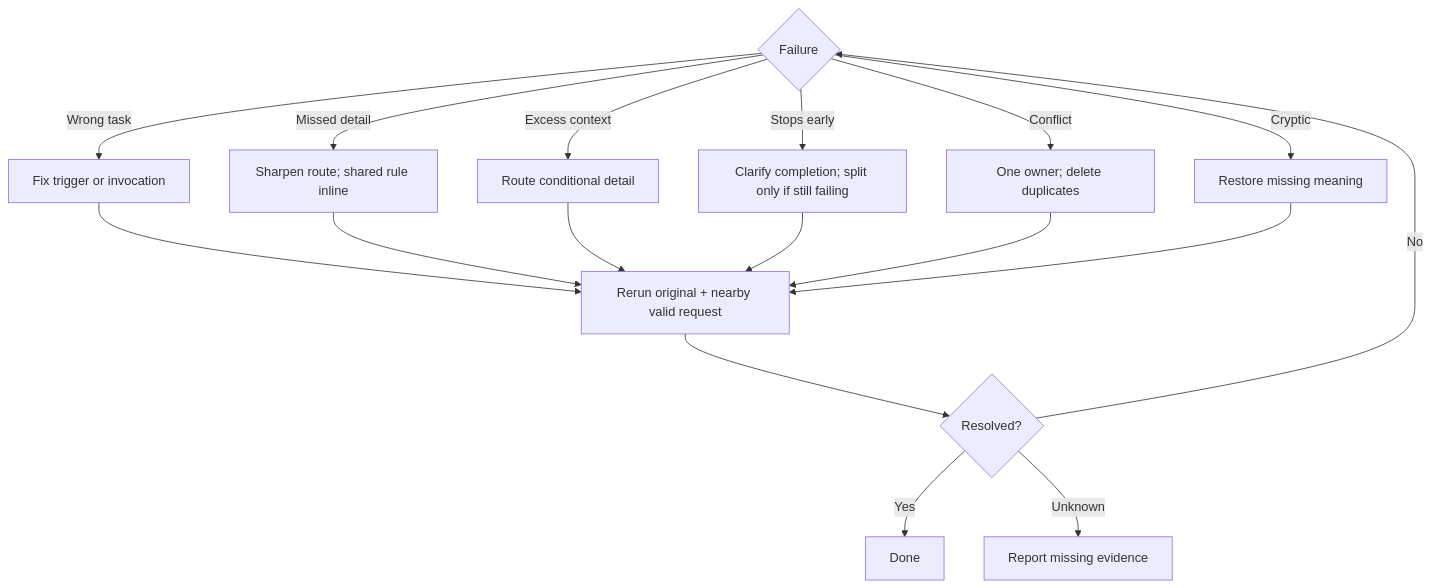
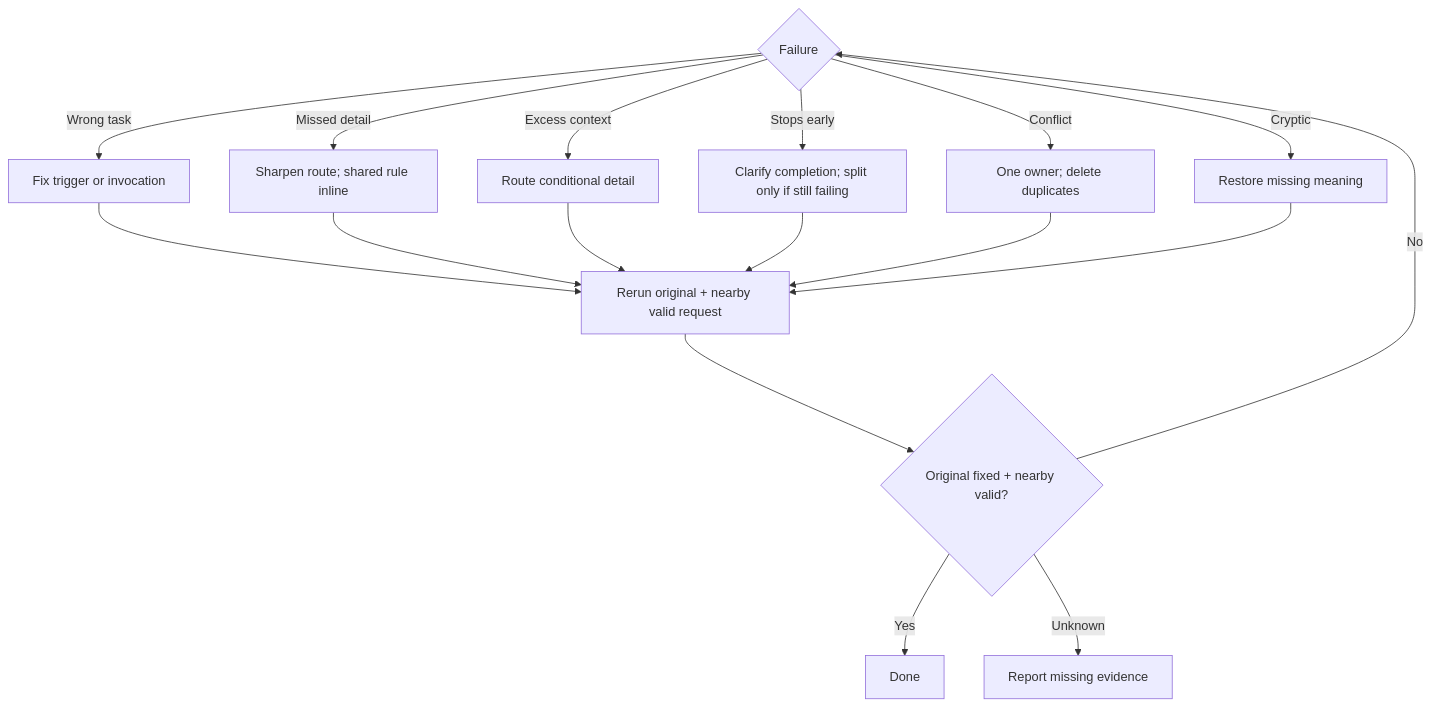
One commit to sgaabdu4/hard-eng changed the diagram in .agents/skills/writing-great-skills/references/repair.md. Above: the diagram before and after it, drawn with Mermaid. The commit also changed other lines of this file, not shown here.

````diff
--- a/.agents/skills/writing-great-skills/references/repair.md
+++ b/.agents/skills/writing-great-skills/references/repair.md
@@ -5,15 +5,15 @@
 ```mermaid
 flowchart TD
   F{Failure}
   F -->|Wrong task| T[Fix trigger or invocation]
   F -->|Missed detail| M[Sharpen route; shared rule inline]
   F -->|Excess context| E[Route conditional detail]
   F -->|Stops early| S[Clarify completion; split only if still failing]
   F -->|Conflict| O[One owner; delete duplicates]
   F -->|Cryptic| C[Restore missing meaning]
   T & M & E & S & O & C --> R[Rerun original + nearby valid request]
-  R --> V{Resolved?}
+  R --> V{Original fixed + nearby valid?}
   V -->|Yes| D[Done]
   V -->|No| F
   V -->|Unknown| G[Report missing evidence]
 ```
````
